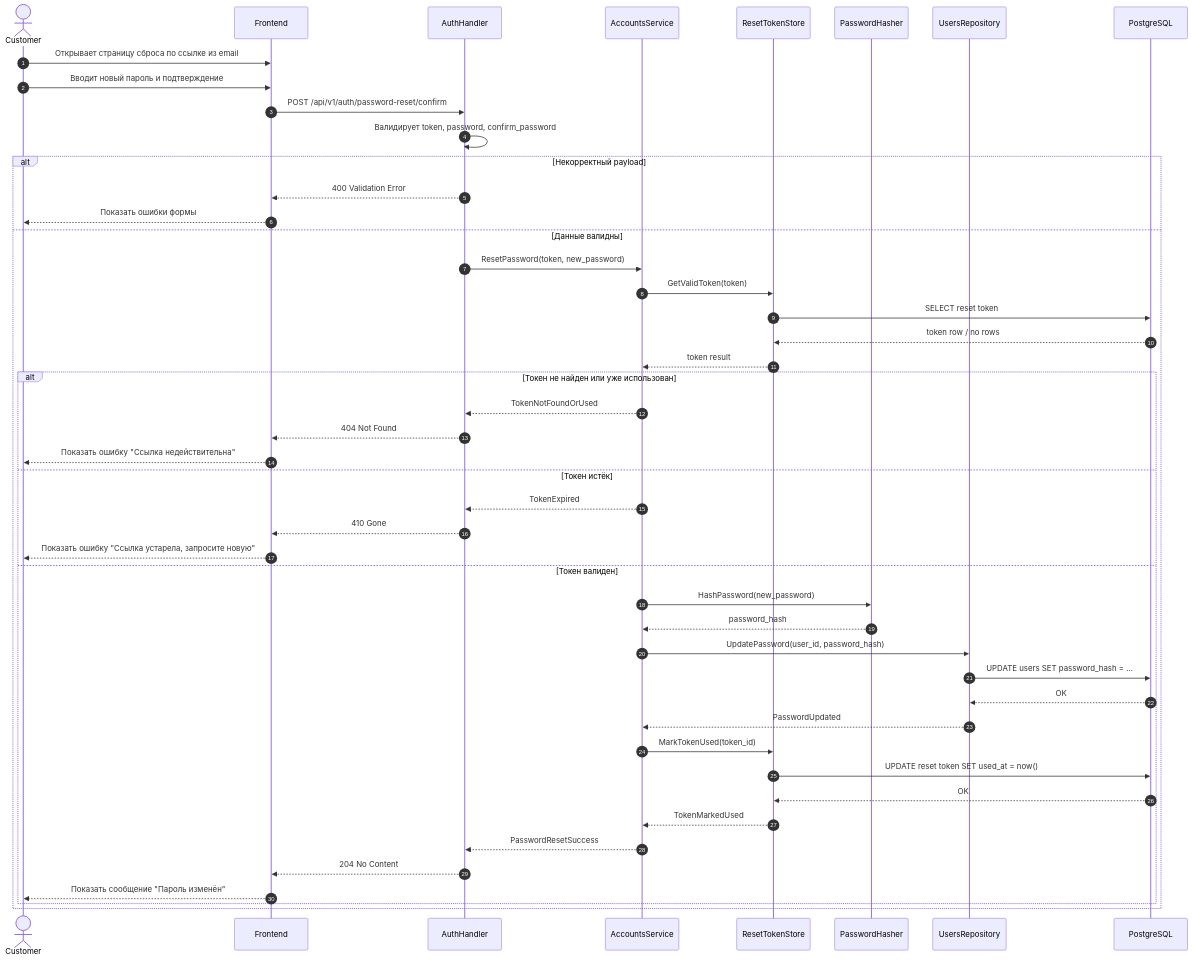
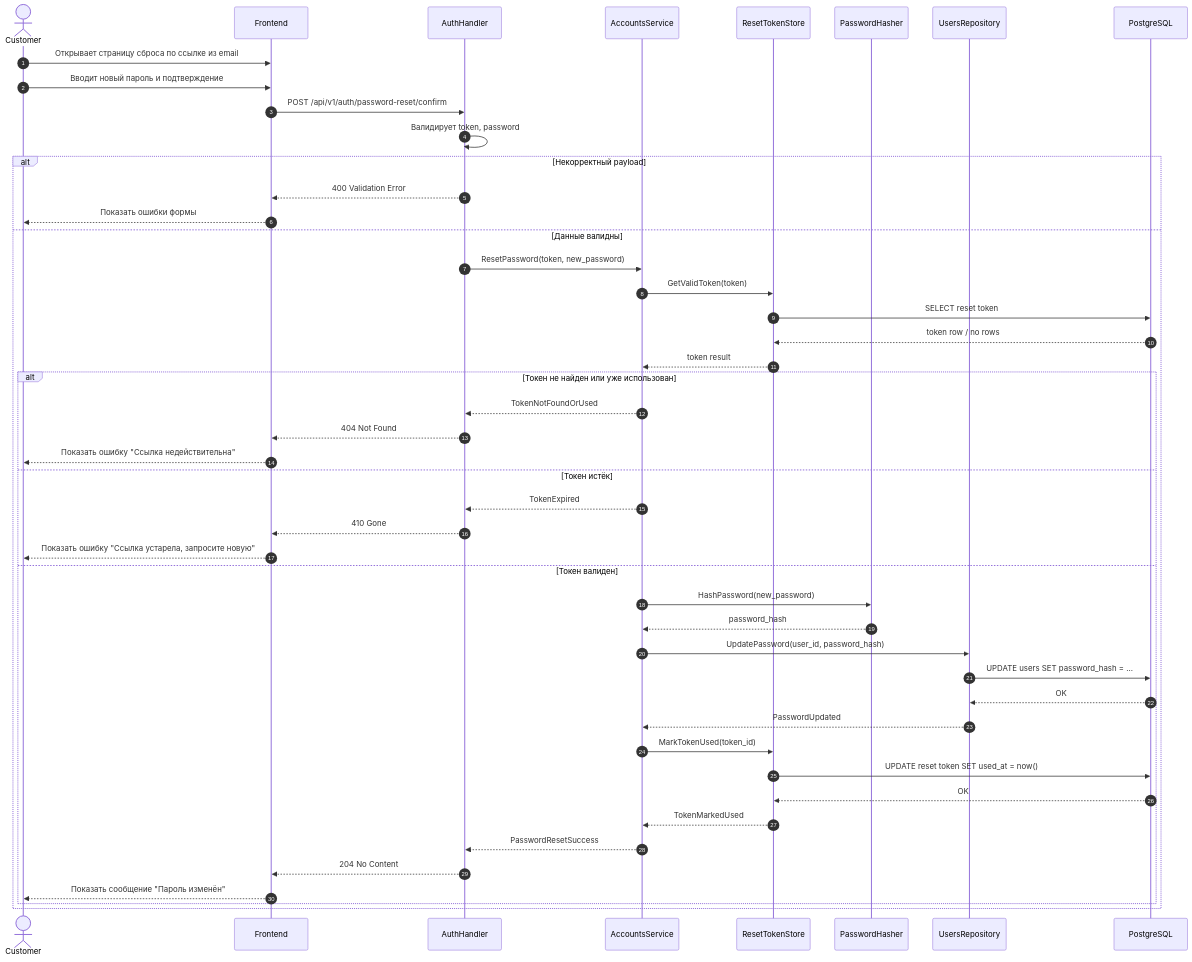
Before and after one commit to k3llone/TrackLink: the diagram in docs/Sequence/SD-05.md, drawn with Mermaid. The commit also changed 7 other files, not shown here.

````diff
--- a/docs/Sequence/SD-05.md
+++ b/docs/Sequence/SD-05.md
@@ -3,57 +3,57 @@
 ```mermaid
 sequenceDiagram
     autonumber
 
     actor Customer
     participant FE as Frontend
     participant AH as AuthHandler
     participant AS as AccountsService
     participant RT as ResetTokenStore
     participant PH as PasswordHasher
     participant UR as UsersRepository
     participant DB as PostgreSQL
 
     Customer->>FE: Открывает страницу сброса по ссылке из email
     Customer->>FE: Вводит новый пароль и подтверждение
     FE->>AH: POST /api/v1/auth/password-reset/confirm
 
-    AH->>AH: Валидирует token, password, confirm_password
+    AH->>AH: Валидирует token, password
     alt Некорректный payload
         AH-->>FE: 400 Validation Error
         FE-->>Customer: Показать ошибки формы
     else Данные валидны
         AH->>AS: ResetPassword(token, new_password)
 
         AS->>RT: GetValidToken(token)
         RT->>DB: SELECT reset token
         DB-->>RT: token row / no rows
         RT-->>AS: token result
 
         alt Токен не найден или уже использован
             AS-->>AH: TokenNotFoundOrUsed
             AH-->>FE: 404 Not Found
             FE-->>Customer: Показать ошибку "Ссылка недействительна"
         else Токен истёк
             AS-->>AH: TokenExpired
             AH-->>FE: 410 Gone
             FE-->>Customer: Показать ошибку "Ссылка устарела, запросите новую"
         else Токен валиден
             AS->>PH: HashPassword(new_password)
             PH-->>AS: password_hash
 
             AS->>UR: UpdatePassword(user_id, password_hash)
             UR->>DB: UPDATE users SET password_hash = ...
             DB-->>UR: OK
             UR-->>AS: PasswordUpdated
 
             AS->>RT: MarkTokenUsed(token_id)
             RT->>DB: UPDATE reset token SET used_at = now()
             DB-->>RT: OK
             RT-->>AS: TokenMarkedUsed
 
             AS-->>AH: PasswordResetSuccess
             AH-->>FE: 204 No Content
             FE-->>Customer: Показать сообщение "Пароль изменён"
         end
     end
 ```
````
